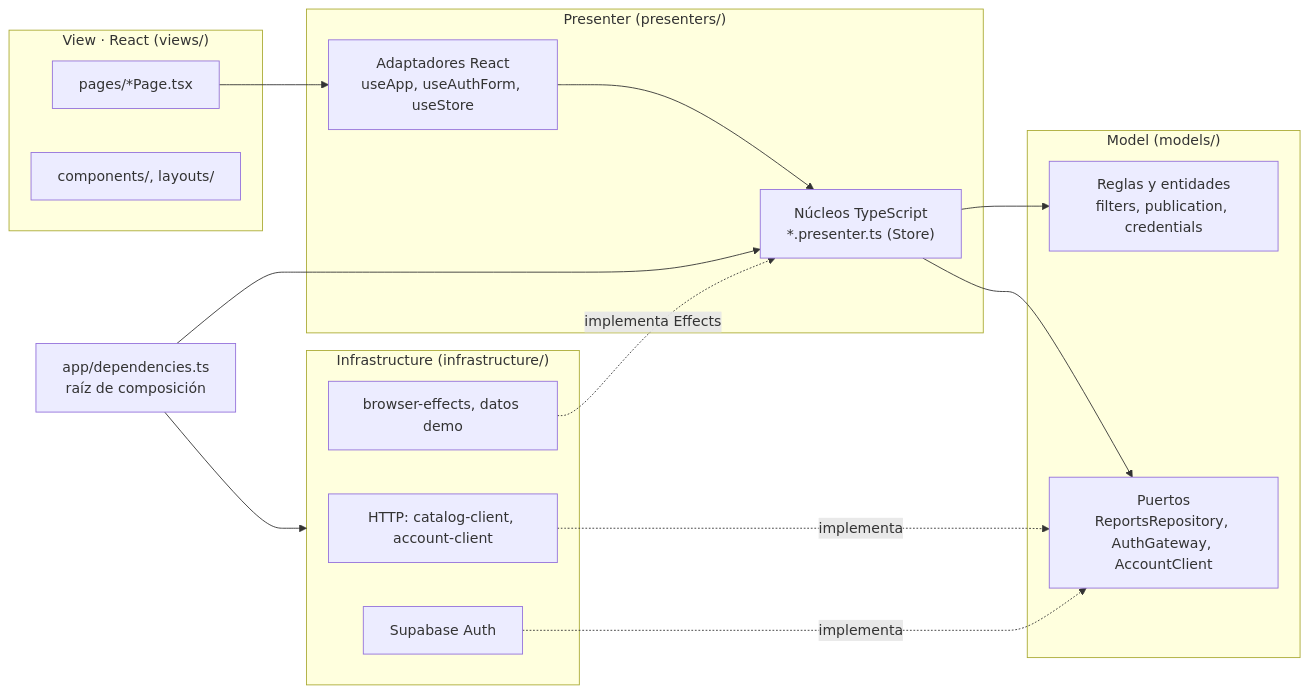
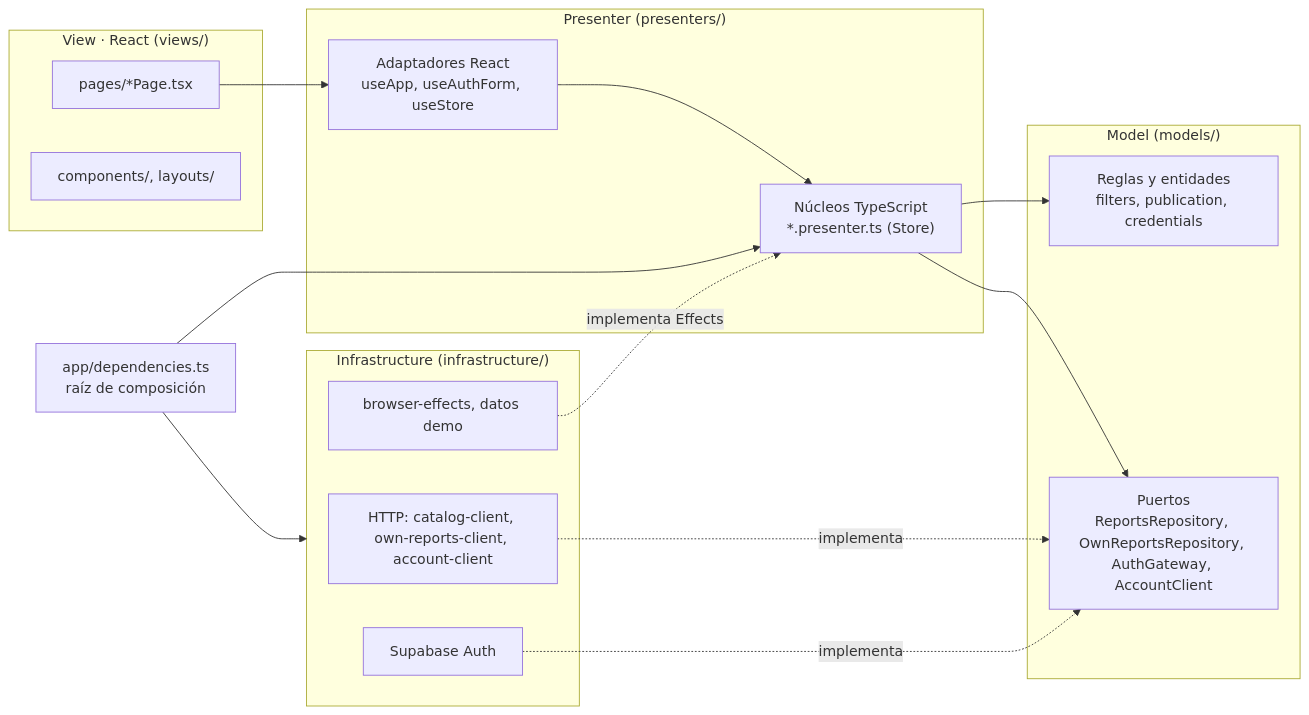
One commit to Alee053/perdi-u changed the diagram in docs/architecture/mvp.md. Above: the diagram before and after it, drawn with Mermaid. The commit also changed other lines of this file and 19 other files, not shown here.

Commit message:
test(reports): aceptar historial y cierre con Auth real y documentar S1-08 (#8)

````diff
--- a/docs/architecture/mvp.md
+++ b/docs/architecture/mvp.md
@@ -25,29 +25,29 @@
 ```mermaid
 flowchart LR
   subgraph View["View · React (views/)"]
     Pages["pages/*Page.tsx"]
     Components["components/, layouts/"]
   end
   subgraph Presenter["Presenter (presenters/)"]
     Hooks["Adaptadores React<br/>useApp, useAuthForm, useStore"]
     Core["Núcleos TypeScript<br/>*.presenter.ts (Store)"]
   end
   subgraph Model["Model (models/)"]
     Rules["Reglas y entidades<br/>filters, publication, credentials"]
-    Ports["Puertos<br/>ReportsRepository, AuthGateway, AccountClient"]
+    Ports["Puertos<br/>ReportsRepository, OwnReportsRepository, AuthGateway, AccountClient"]
   end
   subgraph Infra["Infrastructure (infrastructure/)"]
-    Http["HTTP: catalog-client, account-client"]
+    Http["HTTP: catalog-client, own-reports-client, account-client"]
     Auth["Supabase Auth"]
     Browser["browser-effects, datos demo"]
   end
   App["app/dependencies.ts<br/>raíz de composición"]
 
   Pages --> Hooks --> Core --> Rules
   Core --> Ports
   Http -. implementa .-> Ports
   Auth -. implementa .-> Ports
   App --> Core
   App --> Infra
   Browser -. implementa Effects .-> Core
 ```
````
